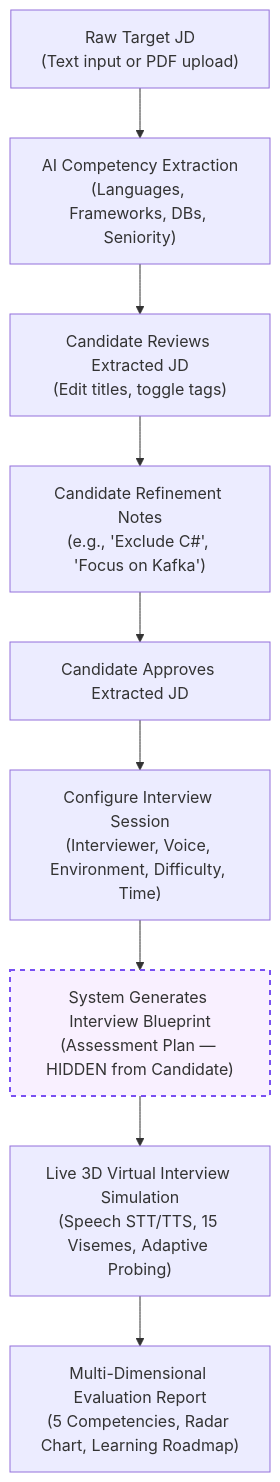
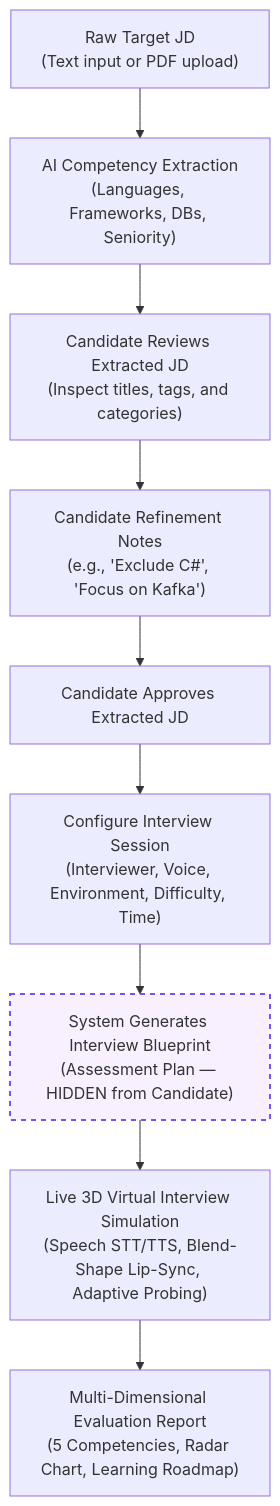
The first of 3 diagrams in 00_Project/Core-Flows.md (swp391-group3/ai-interview-practice-brain), drawn with Mermaid before and after one commit. The commit also changed other lines of this file and 17 other files, not shown here.

````diff
--- a/00_Project/Core-Flows.md
+++ b/00_Project/Core-Flows.md
@@ -27,14 +27,14 @@
 ```mermaid
 flowchart TD
     A["Raw Target JD<br/>(Text input or PDF upload)"] --> B["AI Competency Extraction<br/>(Languages, Frameworks, DBs, Seniority)"]
-    B --> C["Candidate Reviews Extracted JD<br/>(Edit titles, toggle tags)"]
+    B --> C["Candidate Reviews Extracted JD<br/>(Inspect titles, tags, and categories)"]
     C --> D["Candidate Refinement Notes<br/>(e.g., 'Exclude C#', 'Focus on Kafka')"]
     D --> E["Candidate Approves Extracted JD"]
     E --> F["Configure Interview Session<br/>(Interviewer, Voice, Environment, Difficulty, Time)"]
     F --> G["System Generates Interview Blueprint<br/>(Assessment Plan — HIDDEN from Candidate)"]
-    G --> H["Live 3D Virtual Interview Simulation<br/>(Speech STT/TTS, 15 Visemes, Adaptive Probing)"]
+    G --> H["Live 3D Virtual Interview Simulation<br/>(Speech STT/TTS, Blend-Shape Lip-Sync, Adaptive Probing)"]
     H --> I["Multi-Dimensional Evaluation Report<br/>(5 Competencies, Radar Chart, Learning Roadmap)"]
 
     classDef hidden fill:#f9f0ff,stroke:#7950f2,stroke-width:2px,stroke-dasharray: 5 5;
     class G hidden;
 ```
````
